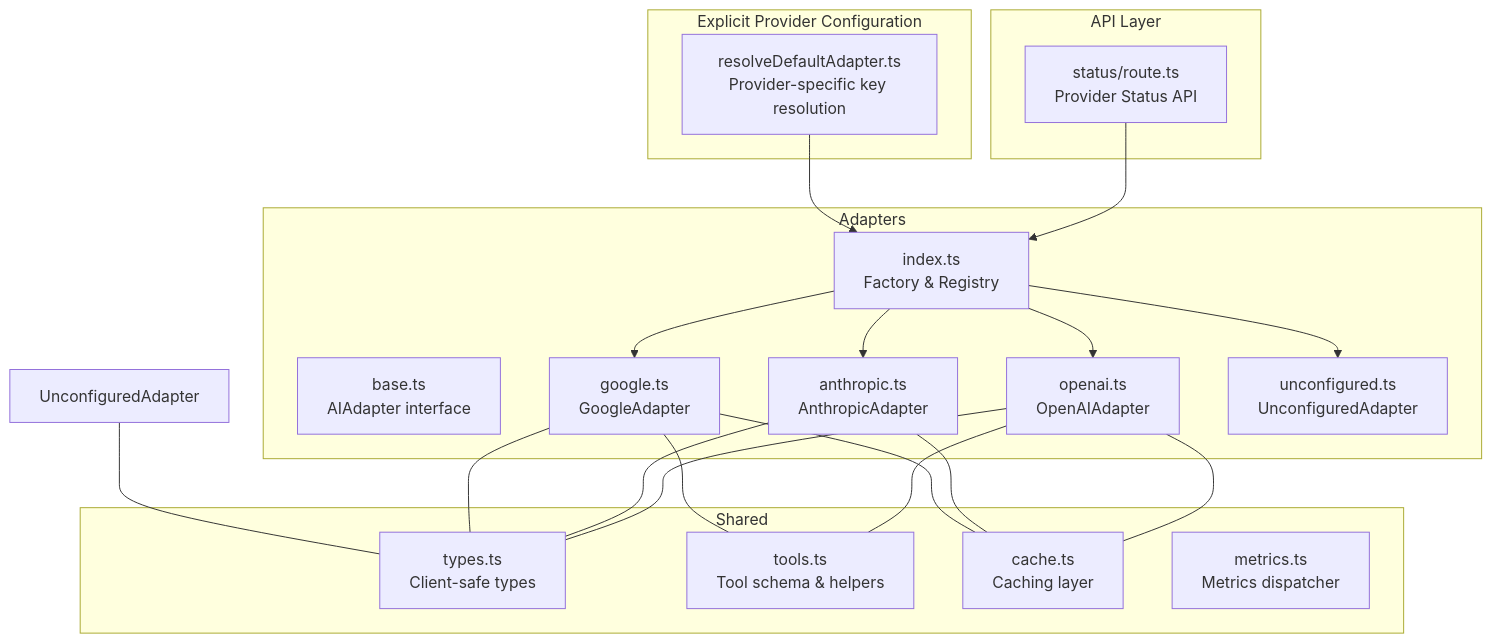
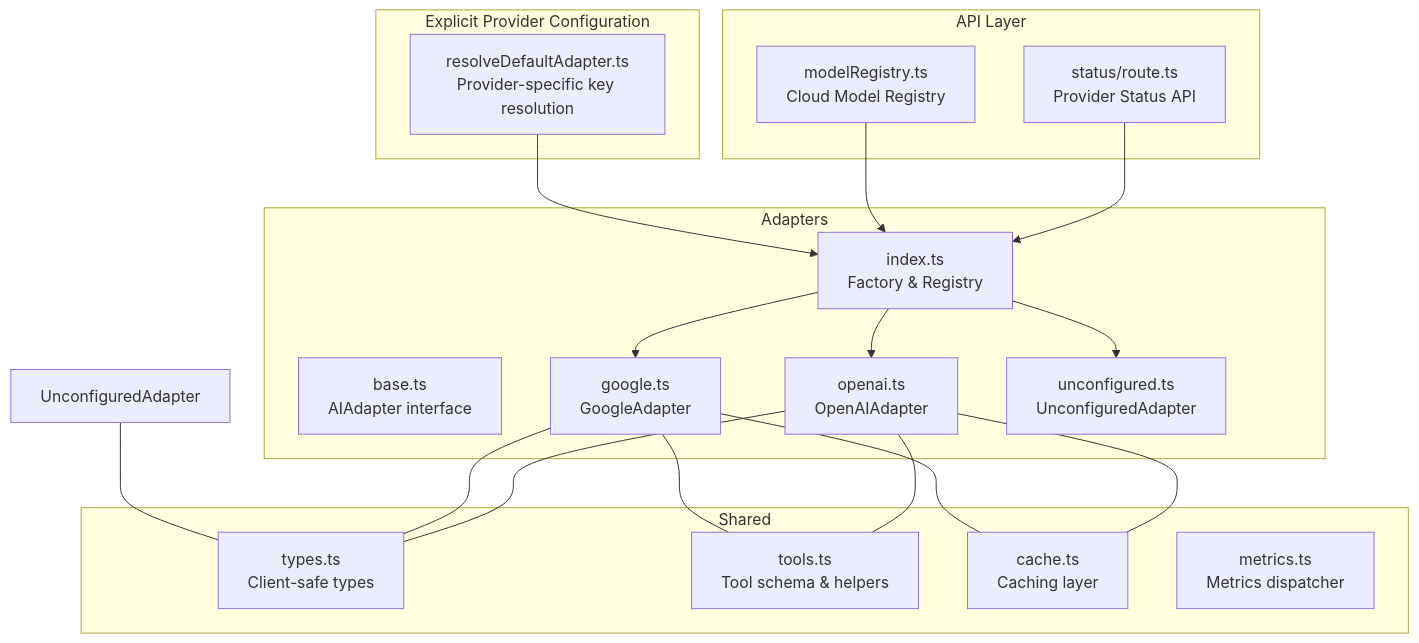
One commit to shekhargiri005-dotcom/AI-powered-accessibility-first-UI-engine changed the first of 12 diagrams in .qoder/repowiki/en/content/Architecture & Design/Layered Architecture/Integration Layer/AI Provider Adapters.md. Above: the diagram before and after it, drawn with Mermaid. The commit also changed other lines of this file and 24 other files, not shown here.

````diff
--- a/.qoder/repowiki/en/content/Architecture & Design/Layered Architecture/Integration Layer/AI Provider Adapters.md
+++ b/.qoder/repowiki/en/content/Architecture & Design/Layered Architecture/Integration Layer/AI Provider Adapters.md
@@ -51,38 +48,36 @@
 ```mermaid
 graph TB
 subgraph "Adapters"
 IDX["index.ts<br/>Factory & Registry"]
 BASE["base.ts<br/>AIAdapter interface"]
 OA["openai.ts<br/>OpenAIAdapter"]
-AA["anthropic.ts<br/>AnthropicAdapter"]
-GA["google.ts<br/>GoogleAdapter"]
+GOO["google.ts<br/>GoogleAdapter"]
 UC["unconfigured.ts<br/>UnconfiguredAdapter"]
 end
 subgraph "Shared"
 TYPES["types.ts<br/>Client-safe types"]
 TOOLS["tools.ts<br/>Tool schema & helpers"]
 CACHE["cache.ts<br/>Caching layer"]
 METRICS["metrics.ts<br/>Metrics dispatcher"]
 end
 subgraph "Explicit Provider Configuration"
 RDA["resolveDefaultAdapter.ts<br/>Provider-specific key resolution"]
 end
 subgraph "API Layer"
 STATUS["status/route.ts<br/>Provider Status API"]
+MODELS["modelRegistry.ts<br/>Cloud Model Registry"]
 end
 IDX --> OA
-IDX --> AA
-IDX --> GA
+IDX --> GOO
 IDX --> UC
 OA --- TOOLS
-GA --- TOOLS
+GOO --- TOOLS
 OA --- TYPES
-AA --- TYPES
-GA --- TYPES
+GOO --- TYPES
 OA --- CACHE
-AA --- CACHE
-GA --- CACHE
+GOO --- CACHE
 STATUS --> IDX
+MODELS --> IDX
 UA["UnconfiguredAdapter"] --- TYPES
 RDA --> IDX
 ```
````
